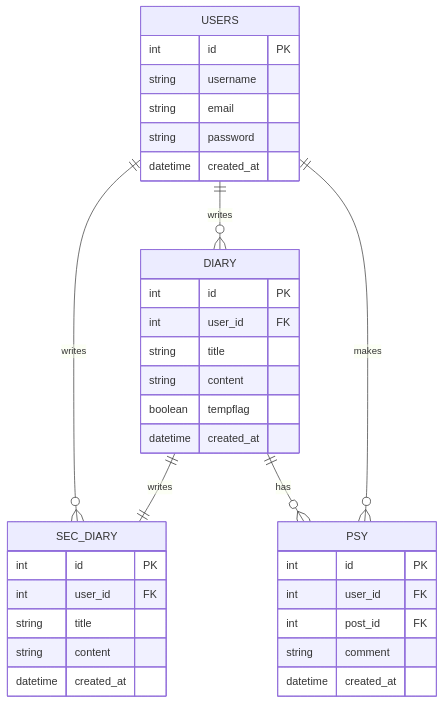
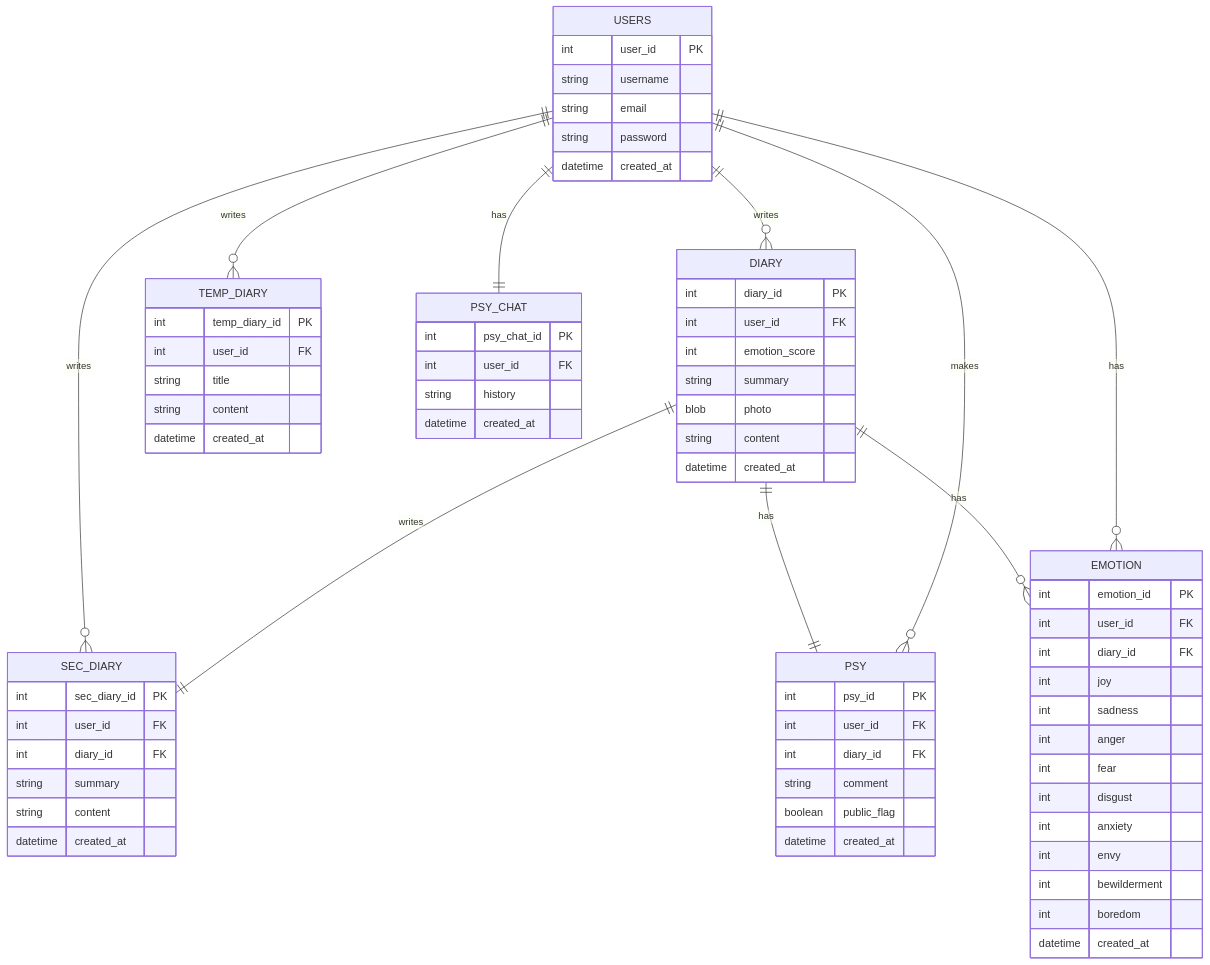
The diagram in DBdiagram.md (ltk1186/FOM-frontend-TAE), drawn with Mermaid before and after one commit. The commit also changed 4 other files, not shown here.

````diff
--- a/DBdiagram.md
+++ b/DBdiagram.md
@@ -1,39 +1,76 @@
 ```mermaid
 erDiagram
     USERS ||--o{ DIARY : writes
+    USERS ||--o{ TEMP_DIARY : writes
     DIARY ||--|| SEC_DIARY : writes
     USERS ||--o{ SEC_DIARY : writes
     USERS ||--o{ PSY : makes
-    DIARY ||--o{ PSY : has
+    DIARY ||--|| PSY : has
+    USERS ||--|| PSY_CHAT : has
+    USERS ||--o{ EMOTION : has
+    DIARY ||--o{ EMOTION : has
 
     USERS {
-        int id PK
+        int user_id PK
         string username
         string email
         string password
         datetime created_at
     }
 
     DIARY {
-        int id PK
+        int diary_id PK
         int user_id FK
-        string title
+        int emotion_score
+        string summary
+        blob photo
         string content
-        boolean tempflag
         datetime created_at
     }
-    SEC_DIARY {
-        int id PK
+    TEMP_DIARY {
+        int temp_diary_id PK
         int user_id FK
         string title
         string content
         datetime created_at
     }
+
+    EMOTION {
+        int emotion_id PK
+        int user_id FK
+        int diary_id FK
+        int joy
+        int sadness
+        int anger
+        int fear
+        int disgust
+        int anxiety
+        int envy
+        int bewilderment
+        int boredom
+        datetime created_at
+    }
+
+    SEC_DIARY {
+        int sec_diary_id PK
+        int user_id FK
+        int diary_id FK
+        string summary
+        string content
+        datetime created_at
+    }
     PSY {
-        int id PK
+        int psy_id PK
         int user_id FK
-        int post_id FK
+        int diary_id FK
         string comment
+        boolean public_flag
+        datetime created_at
+    }
+    PSY_CHAT {
+        int psy_chat_id PK
+        int user_id FK
+        string history
         datetime created_at
     }
 ```
````
